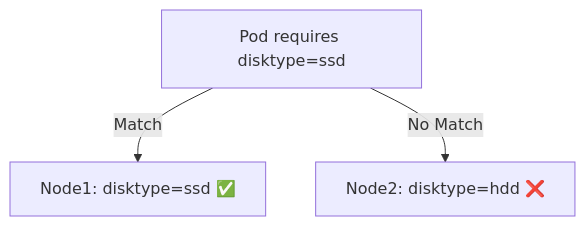
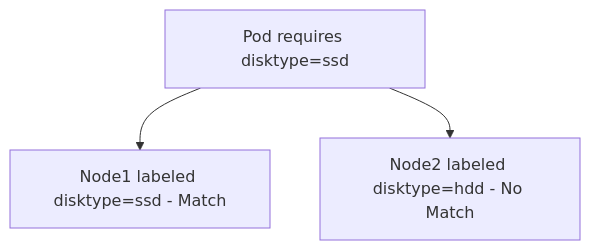
The second of 4 diagrams in day-53/KubernetesScheduling.md (Keshavvv21/100-days-cloud), drawn with Mermaid before and after one commit. The commit also changed other lines of this file, not shown here.

````diff
--- a/day-53/KubernetesScheduling.md
+++ b/day-53/KubernetesScheduling.md
@@ -144,5 +158,9 @@
 ```mermaid
 flowchart TD
-    A[Pod requires disktype=ssd] -->|Match| B[Node1: disktype=ssd ✅]
-    A -->|No Match| C[Node2: disktype=hdd ❌]
+    A[Pod requires disktype=ssd]
+    B[Node1 labeled disktype=ssd - Match]
+    C[Node2 labeled disktype=hdd - No Match]
+
+    A --> B
+    A --> C
 ```
````
